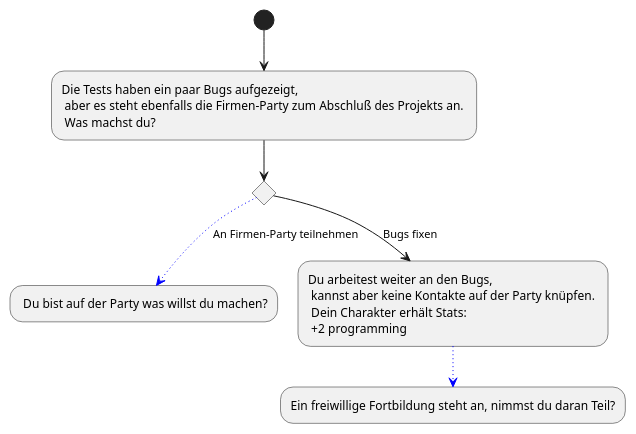
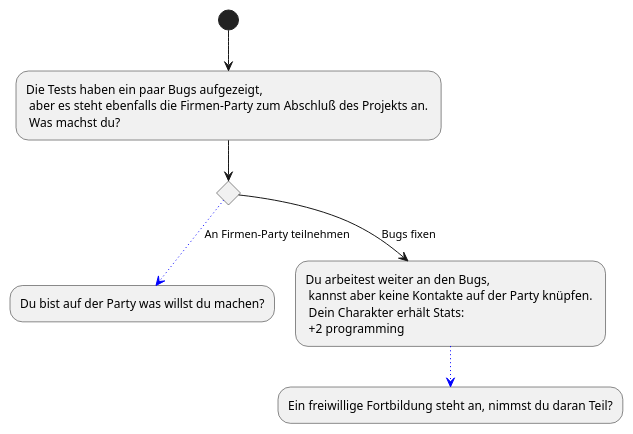
The diagram in Docs/Technical Specifications/docs/diagrams/StoryFlow/StoryFlow_Decision_7.puml (Brotenko/QualityQuest), drawn with PlantUML before and after one commit. The commit also changed 6 other files, not shown here.

Commit message:
More StoryFlowDecision diagrams.

```diff
--- a/Docs/Technical Specifications/docs/diagrams/StoryFlow/StoryFlow_Decision_7.puml
+++ b/Docs/Technical Specifications/docs/diagrams/StoryFlow/StoryFlow_Decision_7.puml
@@ -1,9 +1,9 @@
 @startuml
 (*) --> "Die Tests haben ein paar Bugs aufgezeigt, \n aber es steht ebenfalls die Firmen-Party zum Abschluß des Projekts an. \n Was machst du?"
 if "" then 
--[#blue,dotted]-> [An Firmen-Party teilnehmen] " Du bist auf der Party was willst du machen?"
+-[#blue,dotted]-> [An Firmen-Party teilnehmen] "Du bist auf der Party was willst du machen?"
 else 
 --> [Bugs fixen] "Du arbeitest weiter an den Bugs, \n kannst aber keine Kontakte auf der Party knüpfen. \n Dein Charakter erhält Stats: \n +2 programming"
 -[#blue,dotted]-> "Ein freiwillige Fortbildung steht an, nimmst du daran Teil?"
 
 @enduml
```
